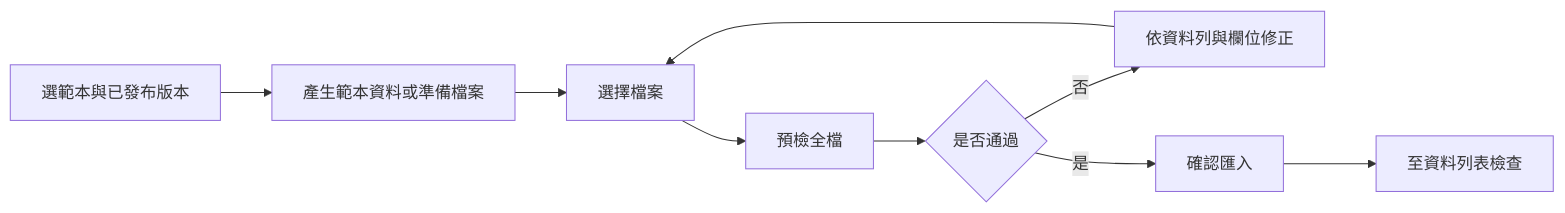
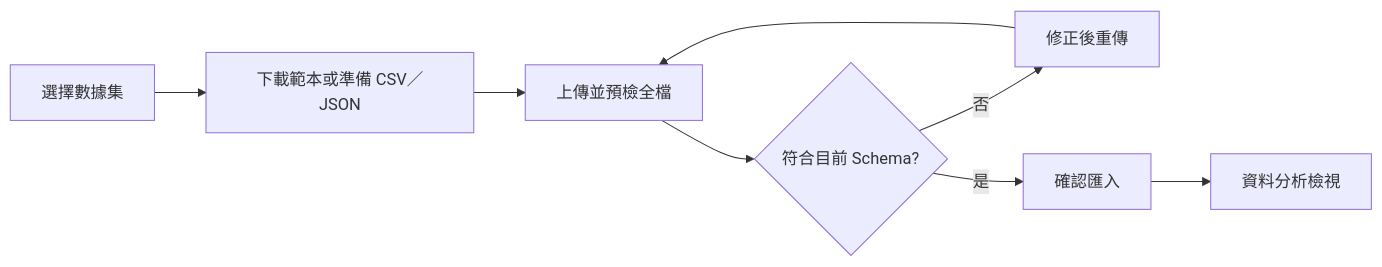
Before and after one commit to gaespa007648/data-monitor-platform: the diagram in docs/streamlit-user-guide.md, drawn with Mermaid. The commit also changed other lines of this file and 19 other files, not shown here.

````diff
--- a/docs/streamlit-user-guide.md
+++ b/docs/streamlit-user-guide.md
@@ -83,11 +24,10 @@
 ```mermaid
 flowchart LR
-    A[選範本與已發布版本] --> B[產生範本資料或準備檔案]
-    B --> C[選擇檔案]
-    C --> D[預檢全檔]
-    D --> E{是否通過}
-    E -->|否| F[依資料列與欄位修正]
-    F --> C
-    E -->|是| G[確認匯入]
-    G --> H[至資料列表檢查]
+    A[選擇數據集] --> B[下載範本或準備 CSV／JSON]
+    B --> C[上傳並預檢全檔]
+    C --> D{符合目前 Schema?}
+    D -->|否| E[修正後重傳]
+    E --> C
+    D -->|是| F[確認匯入]
+    F --> G[資料分析檢視]
 ```
````
